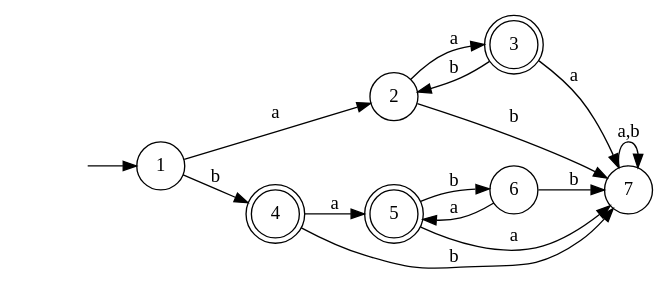
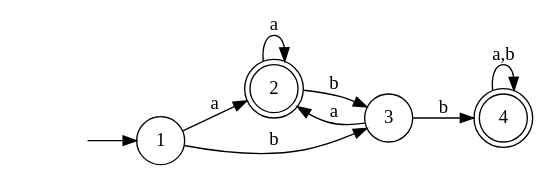
One commit to RomainLvr/AutomatonMinimizer changed the diagram in src/main/resources/test.dot. Above: the diagram before and after it, drawn with Graphviz. The commit also changed 5 other files, not shown here.

```diff
--- a/src/main/resources/test.dot
+++ b/src/main/resources/test.dot
@@ -1,26 +1,17 @@
 digraph Automate {
 rankdir=LR;
 node [shape=circle];
 start [shape=none, label=""];
 start -> 1;
 1[label=1];
-2[label=2];
-3[label=3, shape=doublecircle];
+2[label=2, shape=doublecircle];
+3[label=3];
 4[label=4, shape=doublecircle];
-5[label=5, shape=doublecircle];
-6[label=6];
-7[label=7];
 1 -> 2 [label="a"];
-1 -> 4 [label="b"];
-2 -> 3 [label="a"];
-2 -> 7 [label="b"];
-3 -> 7 [label="a"];
-3 -> 2 [label="b"];
-4 -> 5 [label="a"];
-4 -> 7 [label="b"];
-5 -> 7 [label="a"];
-5 -> 6 [label="b"];
-6 -> 5 [label="a"];
-6 -> 7 [label="b"];
-7 -> 7 [label="a,b"];
+1 -> 3 [label="b"];
+2 -> 2 [label="a"];
+2 -> 3 [label="b"];
+3 -> 2 [label="a"];
+3 -> 4 [label="b"];
+4 -> 4 [label="a,b"];
 }
```
